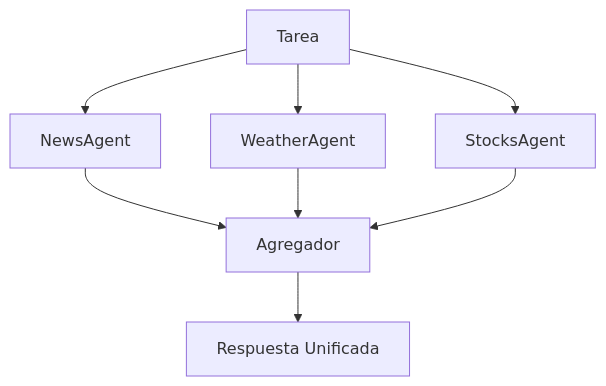
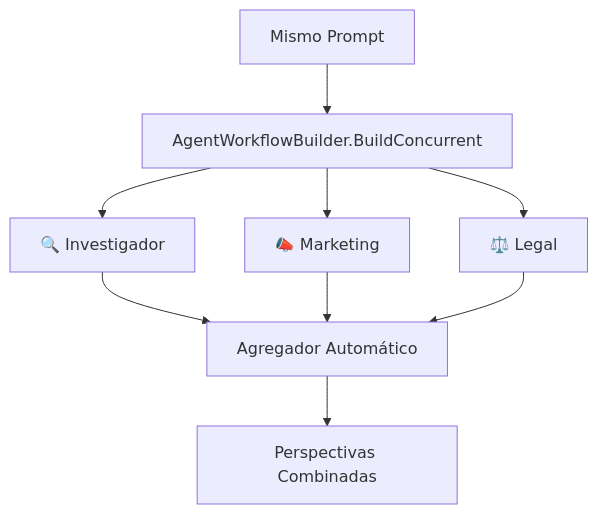
Before and after one commit to adiazcan/maf-workshop: the second of 5 diagrams in docs/modulo-03-workflows/README.md, drawn with Mermaid. The commit also changed other lines of this file and 3 other files, not shown here.

Commit message:
Update README and code examples to reflect concurrent workflow implementation using AgentWorkflowBuilder.BuildConcurrent() and enhance descriptions for clarity

````diff
--- a/docs/modulo-03-workflows/README.md
+++ b/docs/modulo-03-workflows/README.md
@@ -42,10 +42,11 @@
 ```mermaid
 graph TD
-    A[Tarea] --> B[NewsAgent]
-    A --> C[WeatherAgent]
-    A --> D[StocksAgent]
-    B --> E[Agregador]
-    C --> E
-    D --> E
-    E --> F[Respuesta Unificada]
+    A[Mismo Prompt] --> B[AgentWorkflowBuilder.BuildConcurrent]
+    B --> C[🔍 Investigador]
+    B --> D[📣 Marketing]
+    B --> E[⚖️ Legal]
+    C --> F[Agregador Automático]
+    D --> F
+    E --> F
+    F --> G[Perspectivas Combinadas]
 ```
````
